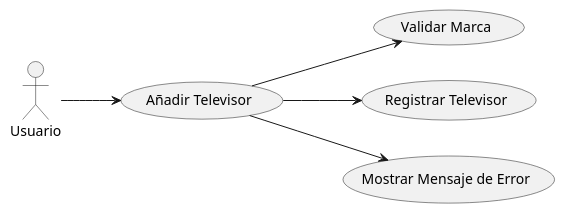
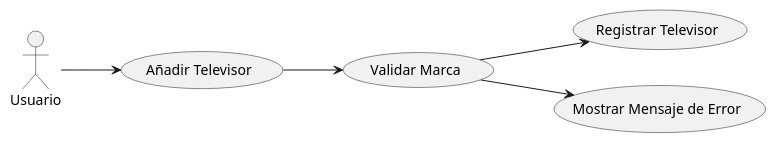
The diagram in src/umlDiagram/DiagramaCasosAnadirTelevisor.puml (Gabriel28112005/GabrielPenaPractica2DOO), drawn with PlantUML before and after one commit. The commit also changed 2 other files, not shown here.

```diff
--- a/src/umlDiagram/DiagramaCasosAnadirTelevisor.puml
+++ b/src/umlDiagram/DiagramaCasosAnadirTelevisor.puml
@@ -1,16 +1,16 @@
 @startuml
 left to right direction
 
 actor Usuario as user
 
 usecase "Añadir Televisor" as AnadirTelevisor
 usecase "Validar Marca" as ValidarMarca
 usecase "Registrar Televisor" as RegistrarTelevisor
 usecase "Mostrar Mensaje de Error" as MostrarError
 
 user --> AnadirTelevisor
 AnadirTelevisor --> ValidarMarca
-AnadirTelevisor --> RegistrarTelevisor
-AnadirTelevisor --> MostrarError
+ValidarMarca --> RegistrarTelevisor
+ValidarMarca --> MostrarError
 
 @enduml
```
